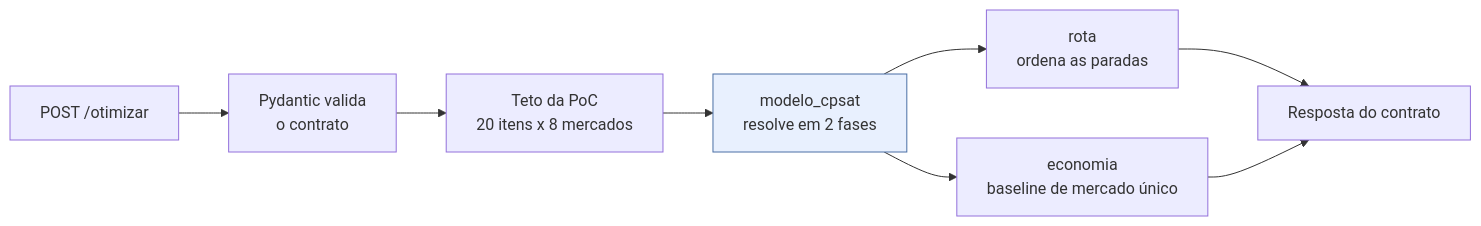
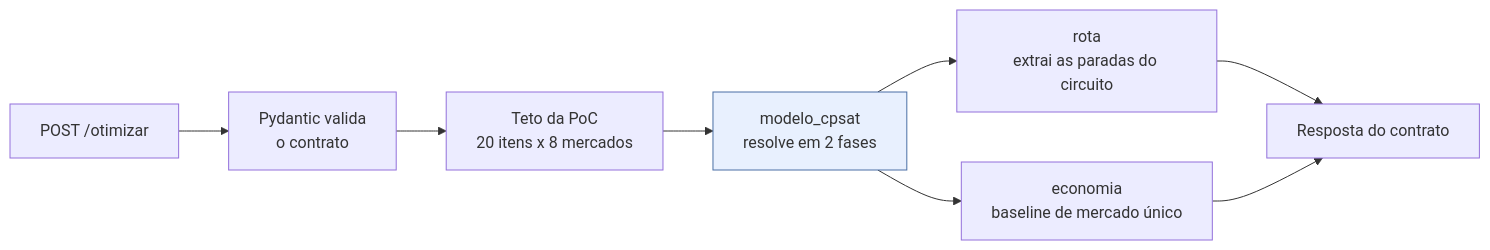
One commit to chroanz/sad-tcc changed the diagram in modelo/docs/README.md. Above: the diagram before and after it, drawn with Mermaid. The commit also changed other lines of this file and 13 other files, not shown here.

````diff
--- a/modelo/docs/README.md
+++ b/modelo/docs/README.md
@@ -39,12 +39,12 @@
 ```mermaid
 flowchart LR
     A["POST /otimizar"] --> B["Pydantic valida<br/>o contrato"]
     B --> C["Teto da PoC<br/>20 itens x 8 mercados"]
     C --> D["modelo_cpsat<br/>resolve em 2 fases"]
-    D --> E["rota<br/>ordena as paradas"]
+    D --> E["rota<br/>extrai as paradas do circuito"]
     D --> F["economia<br/>baseline de mercado único"]
     E --> G["Resposta do contrato"]
     F --> G
 
     style D fill:#e8f0fe,stroke:#4a6fa5
 ```
````
